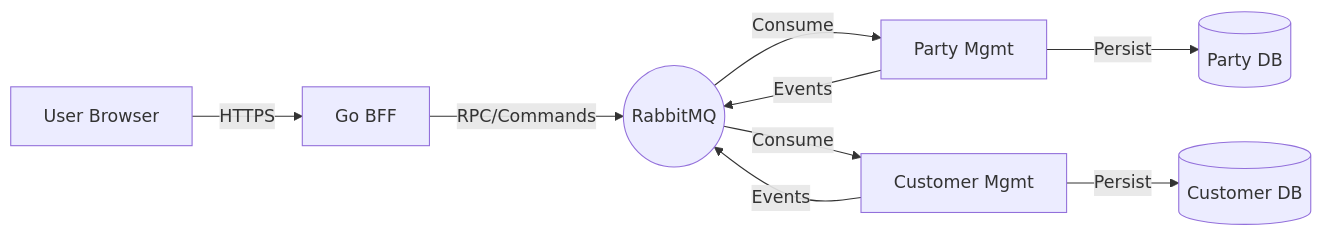
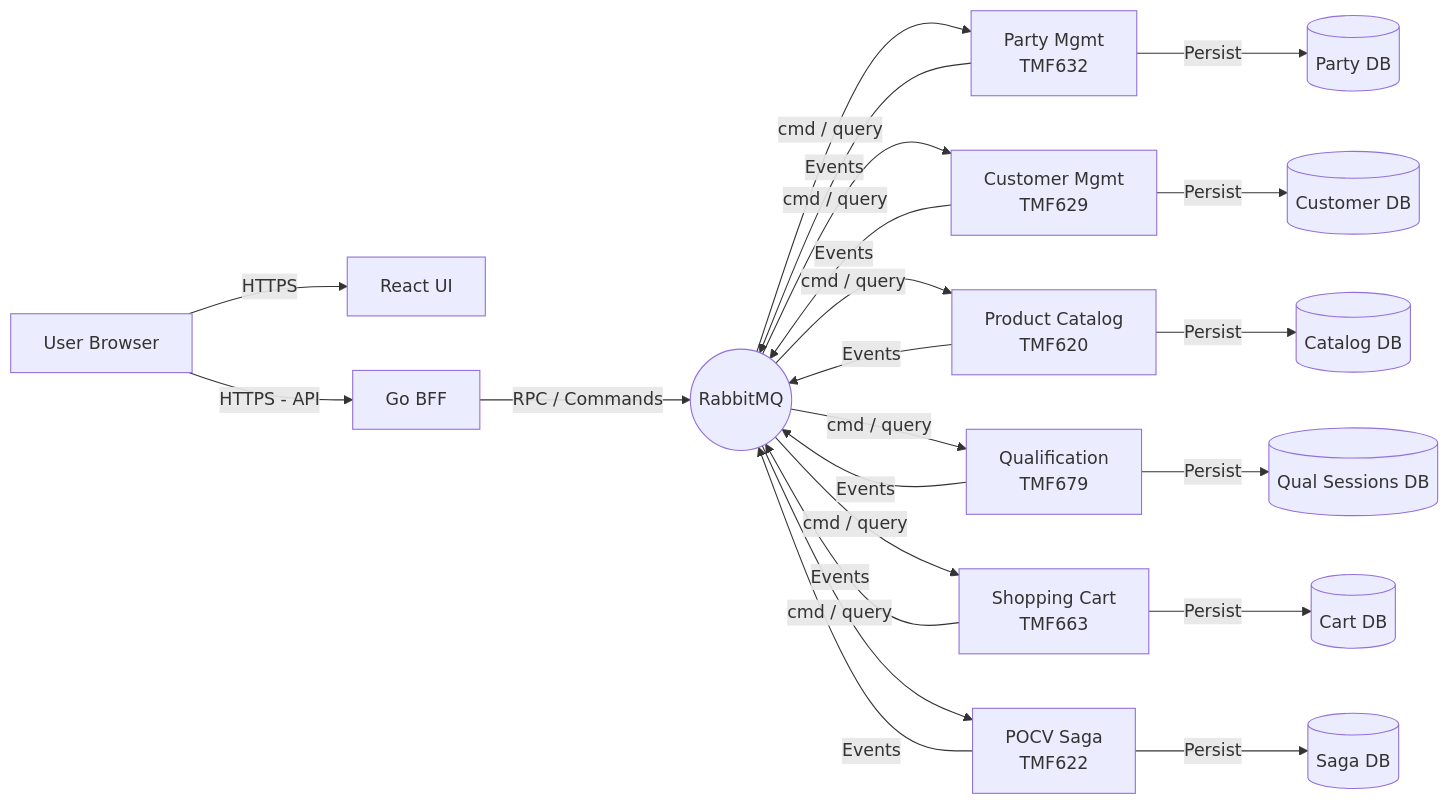
Before and after one commit to rohekood/tmf-ai-demo: the first of 2 diagrams in README.md, drawn with Mermaid. The commit also changed other lines of this file, not shown here.

First line of the commit message:
docs: rewrite README architecture overview to cover all 7 services

````diff
--- a/README.md
+++ b/README.md
@@ -43,11 +63,27 @@
 ```mermaid
 graph LR
-    User[User Browser] -->|HTTPS| BFF[Go BFF]
-    BFF -->|RPC/Commands| RMQ((RabbitMQ))
-    RMQ -->|Consume| Party[Party Mgmt]
-    RMQ -->|Consume| Customer[Customer Mgmt]
-    Party -->|Events| RMQ
+    User[User Browser] -->|HTTPS| UI[React UI]
+    User -->|HTTPS - API| BFF[Go BFF]
+    BFF -->|RPC / Commands| RMQ((RabbitMQ))
+
+    RMQ -->|cmd / query| Party[Party Mgmt\nTMF632]
+    RMQ -->|cmd / query| Customer[Customer Mgmt\nTMF629]
+    RMQ -->|cmd / query| Catalog[Product Catalog\nTMF620]
+    RMQ -->|cmd / query| Qual[Qualification\nTMF679]
+    RMQ -->|cmd / query| Cart[Shopping Cart\nTMF663]
+    RMQ -->|cmd / query| POCV[POCV Saga\nTMF622]
+
+    Party    -->|Events| RMQ
     Customer -->|Events| RMQ
-    Party -->|Persist| POSTGRES_P[(Party DB)]
-    Customer -->|Persist| POSTGRES_C[(Customer DB)]
+    Catalog  -->|Events| RMQ
+    Qual     -->|Events| RMQ
+    Cart     -->|Events| RMQ
+    POCV     -->|Events| RMQ
+
+    Party    -->|Persist| DB_P[(Party DB)]
+    Customer -->|Persist| DB_C[(Customer DB)]
+    Catalog  -->|Persist| DB_CAT[(Catalog DB)]
+    Qual     -->|Persist| DB_Q[(Qual Sessions DB)]
+    Cart     -->|Persist| DB_CART[(Cart DB)]
+    POCV     -->|Persist| DB_POCV[(Saga DB)]
 ```
````
